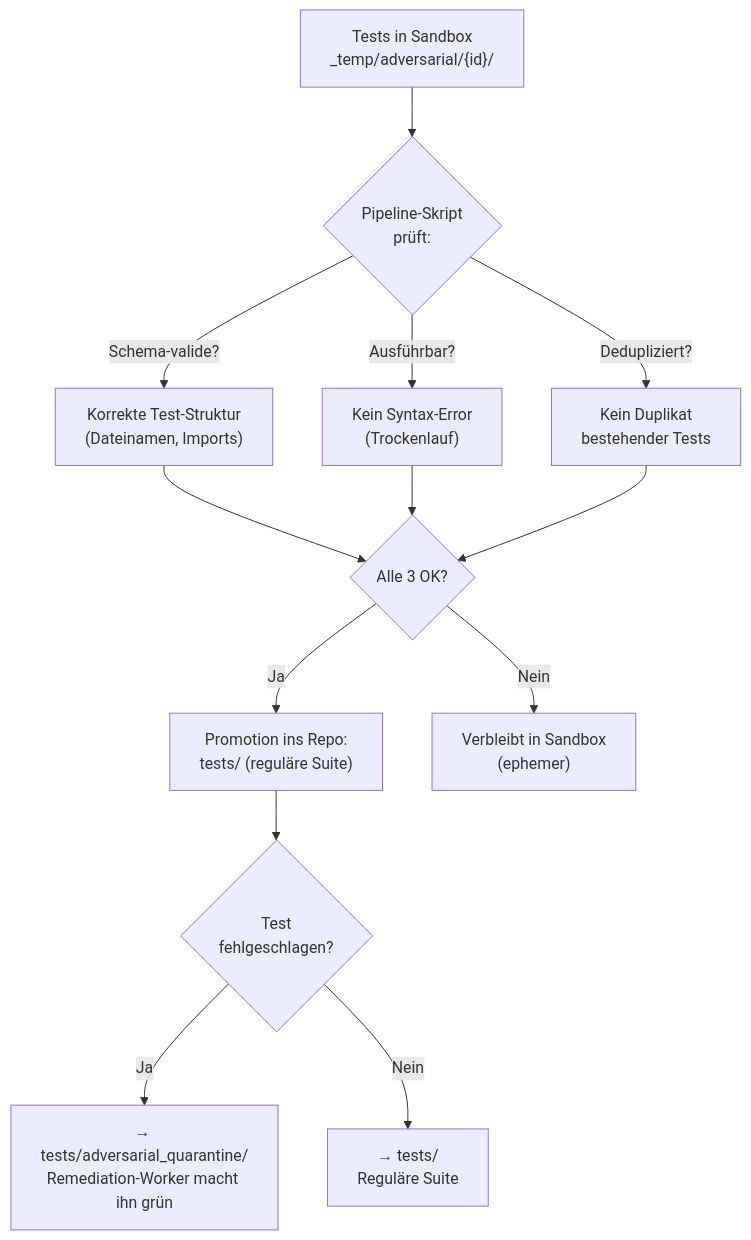
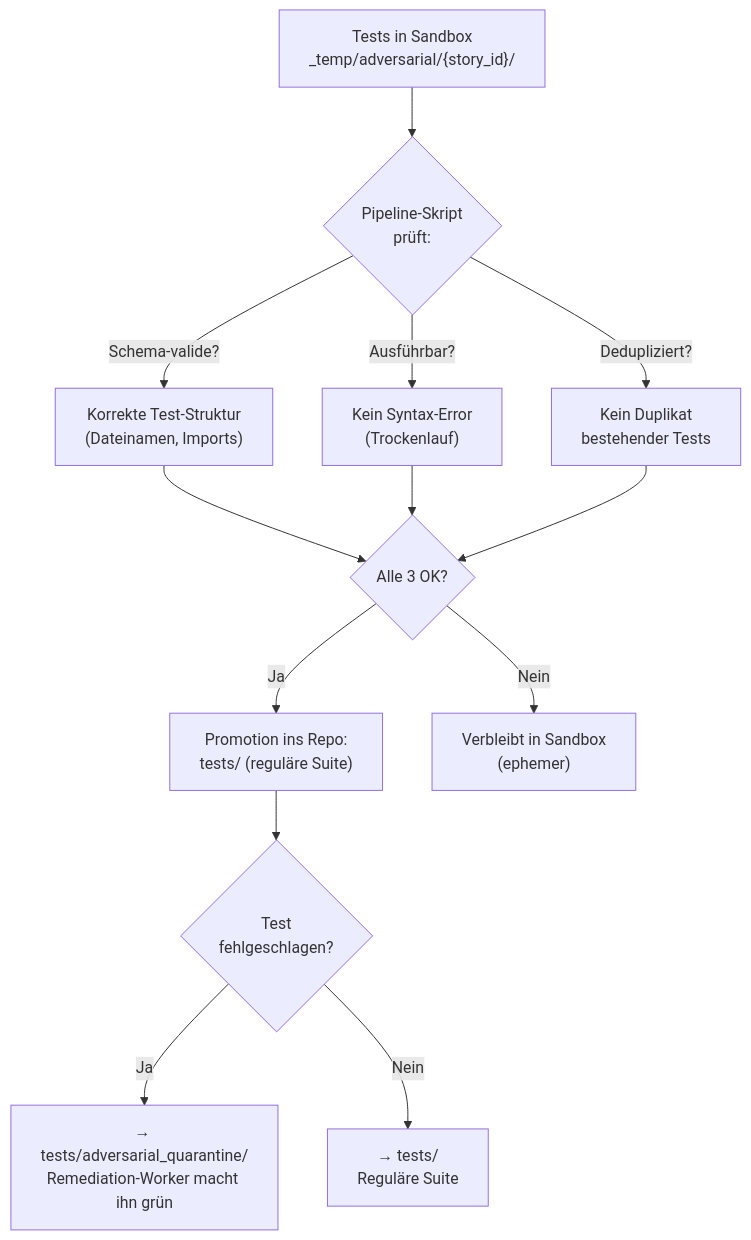
One commit to saltenhof/claude-agentkit3 changed the second of 7 diagrams in concept/technical-design/34_llm_bewertungen_adversarial_testing_runtime.md. Above: the diagram before and after it, drawn with Mermaid. The commit also changed other lines of this file and 29 other files, not shown here.

````diff
--- a/concept/technical-design/34_llm_bewertungen_adversarial_testing_runtime.md
+++ b/concept/technical-design/34_llm_bewertungen_adversarial_testing_runtime.md
@@ -285,19 +285,19 @@
 ```mermaid
 flowchart TD
-    SANDBOX["Tests in Sandbox<br/>_temp/adversarial/{id}/"] --> CHECK{"Pipeline-Skript<br/>prüft:"}
+    SANDBOX["Tests in Sandbox<br/>_temp/adversarial/{story_id}/"] --> CHECK{"Pipeline-Skript<br/>prüft:"}
 
     CHECK -->|"Schema-valide?"| V1["Korrekte Test-Struktur<br/>(Dateinamen, Imports)"]
     CHECK -->|"Ausführbar?"| V2["Kein Syntax-Error<br/>(Trockenlauf)"]
     CHECK -->|"Dedupliziert?"| V3["Kein Duplikat<br/>bestehender Tests"]
 
     V1 --> DECISION{Alle 3 OK?}
     V2 --> DECISION
     V3 --> DECISION
 
     DECISION -->|Ja| PROMOTE["Promotion ins Repo:<br/>tests/ (reguläre Suite)"]
     DECISION -->|Nein| STAY["Verbleibt in Sandbox<br/>(ephemer)"]
 
     PROMOTE --> QUARANTINE{"Test<br/>fehlgeschlagen?"}
     QUARANTINE -->|Ja| Q["→ tests/adversarial_quarantine/<br/>Remediation-Worker macht ihn grün"]
     QUARANTINE -->|Nein| SUITE["→ tests/<br/>Reguläre Suite"]
 ```
````
